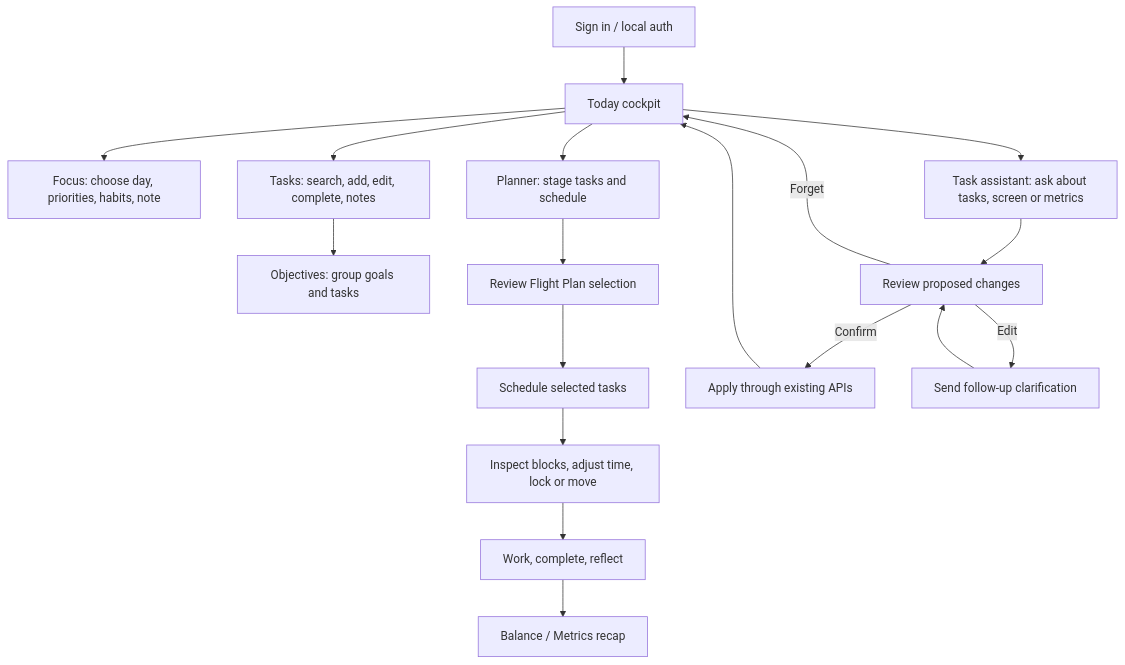
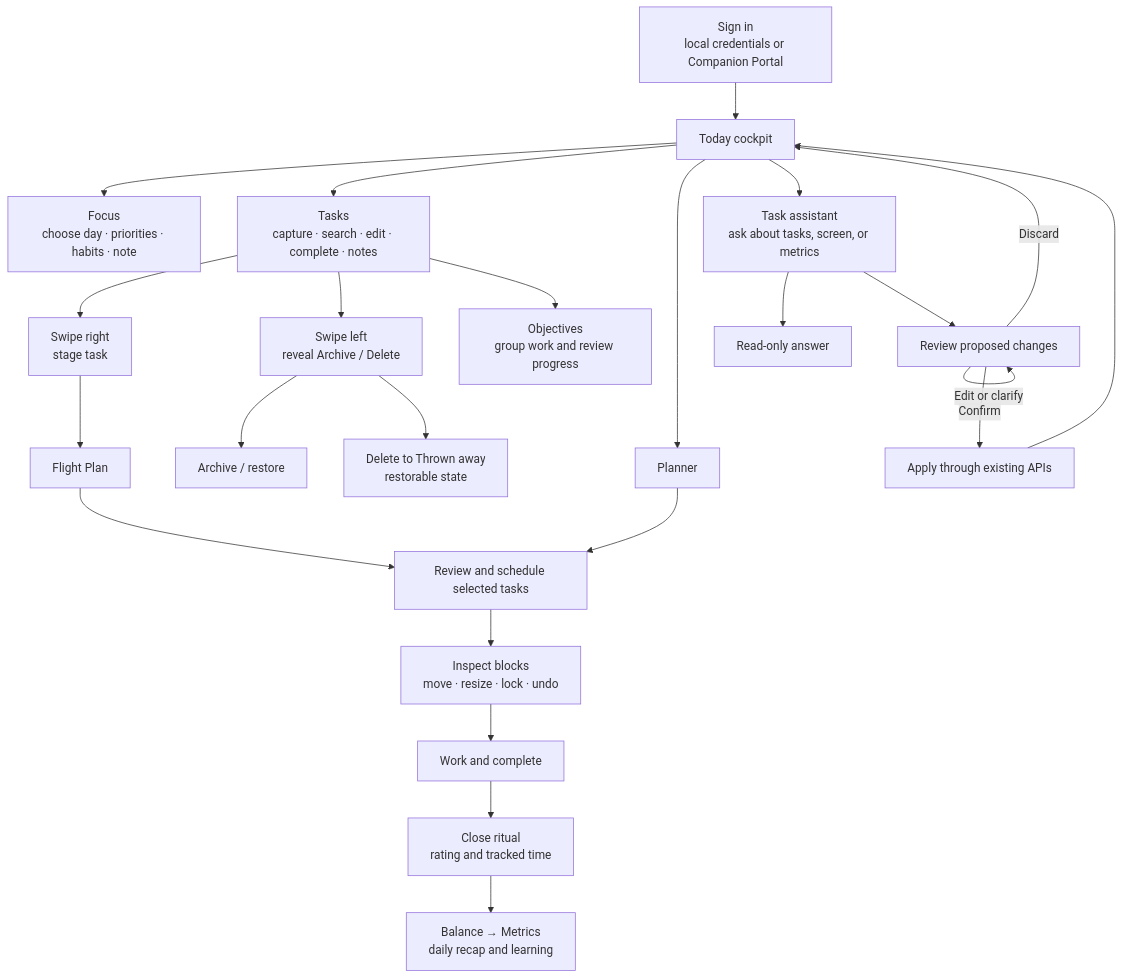
The second of 5 diagrams in docs/DIAGRAMS.md (companionintelligence/CI-Planning), drawn with Mermaid before and after one commit. The commit also changed other lines of this file and 9 other files, not shown here.

````diff
--- a/docs/DIAGRAMS.md
+++ b/docs/DIAGRAMS.md
@@ -57,20 +70,26 @@
 ```mermaid
 flowchart TD
-  SignIn["Sign in / local auth"] --> Today["Today cockpit"]
-  Today --> Focus["Focus: choose day, priorities, habits, note"]
-  Today --> Tasks["Tasks: search, add, edit, complete, notes"]
-  Today --> Planner["Planner: stage tasks and schedule"]
-  Tasks --> Objectives["Objectives: group goals and tasks"]
-  Planner --> Plan["Review Flight Plan selection"]
-  Plan --> Schedule["Schedule selected tasks"]
-  Schedule --> Review["Inspect blocks, adjust time, lock or move"]
-  Review --> Complete["Work, complete, reflect"]
-  Complete --> Metrics["Balance / Metrics recap"]
-  Today --> Agent["Task assistant: ask about tasks, screen or metrics"]
-  Agent --> Draft["Review proposed changes"]
-  Draft -->|Confirm| Apply["Apply through existing APIs"]
-  Draft -->|Edit| Clarify["Send follow-up clarification"]
-  Draft -->|Forget| Today
+  SignIn["Sign in<br/>local credentials or Companion Portal"] --> Today["Today cockpit"]
+  Today --> Focus["Focus<br/>choose day · priorities · habits · note"]
+  Today --> Tasks["Tasks<br/>capture · search · edit · complete · notes"]
+  Today --> Planner["Planner"]
+  Tasks --> SwipeStage["Swipe right<br/>stage task"]
+  SwipeStage --> FlightPlan["Flight Plan"]
+  Tasks --> SwipeActions["Swipe left<br/>reveal Archive / Delete"]
+  SwipeActions --> Archive["Archive / restore"]
+  SwipeActions --> ThrownAway["Delete to Thrown away<br/>restorable state"]
+  FlightPlan --> Schedule["Review and schedule selected tasks"]
+  Planner --> Schedule
+  Schedule --> Adjust["Inspect blocks<br/>move · resize · lock · undo"]
+  Adjust --> Work["Work and complete"]
+  Work --> Reflect["Close ritual<br/>rating and tracked time"]
+  Reflect --> Metrics["Balance → Metrics<br/>daily recap and learning"]
+  Tasks --> Objectives["Objectives<br/>group work and review progress"]
+  Today --> Assistant["Task assistant<br/>ask about tasks, screen, or metrics"]
+  Assistant --> Answer["Read-only answer"]
+  Assistant --> Proposal["Review proposed changes"]
+  Proposal -->|Edit or clarify| Proposal
+  Proposal -->|Discard| Today
+  Proposal -->|Confirm| Apply["Apply through existing APIs"]
   Apply --> Today
-  Clarify --> Draft
 ```
````
